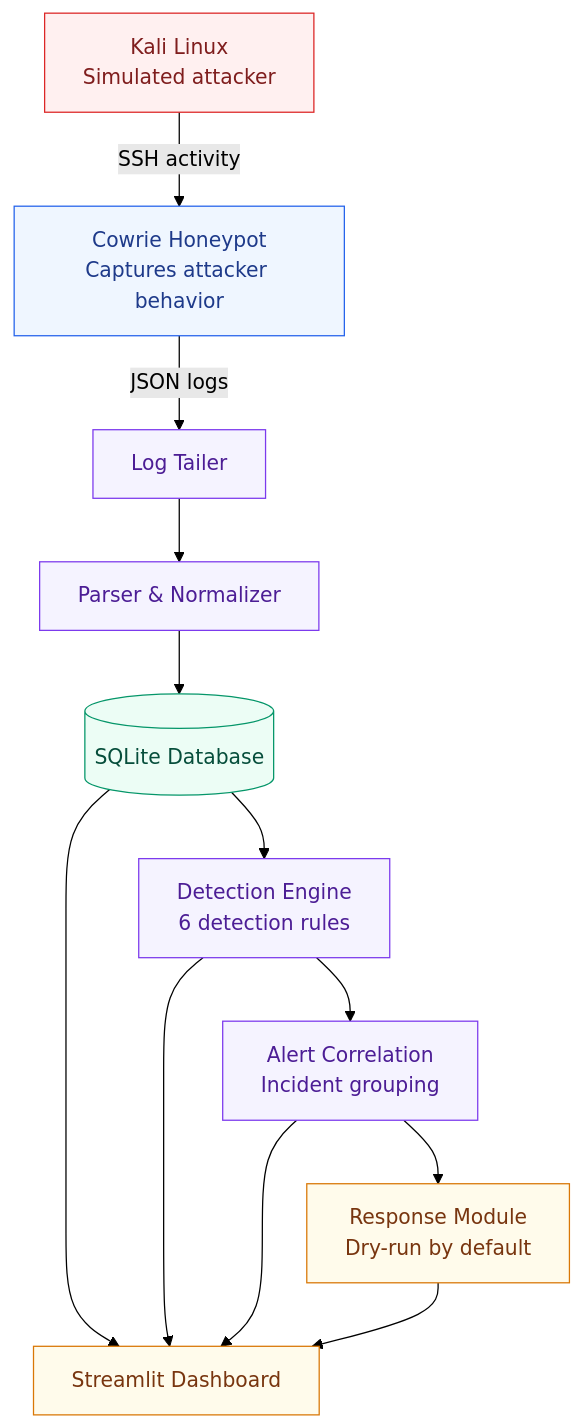
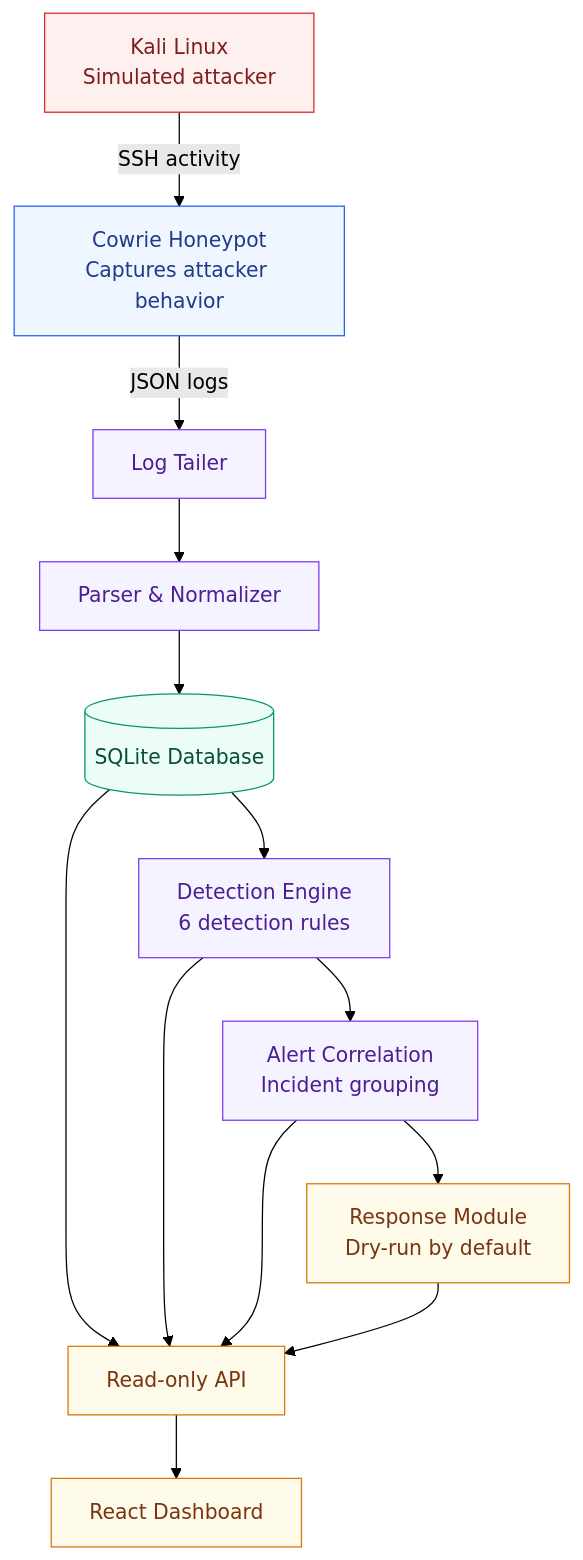
Before and after one commit to chaouchmohamed/sentrix: the diagram in README.md, drawn with Mermaid (forest theme). The commit also changed other lines of this file and 32 other files, not shown here.

Commit message:
Add SENTRIX API, dashboard, and live demo tooling

````diff
--- a/README.md
+++ b/README.md
@@ -33,25 +34,26 @@
 ```mermaid
 flowchart TD
     A["Kali Linux<br/>Simulated attacker"] -->|"SSH activity"| B["Cowrie Honeypot<br/>Captures attacker behavior"]
     B -->|"JSON logs"| C["Log Tailer"]
     C --> D["Parser & Normalizer"]
     D --> E[("SQLite Database")]
     E --> F["Detection Engine<br/>6 detection rules"]
     F --> G["Alert Correlation<br/>Incident grouping"]
     G --> H["Response Module<br/>Dry-run by default"]
-    E --> I["Streamlit Dashboard"]
+    E --> I["Read-only API"]
     F --> I
     G --> I
     H --> I
+    I --> J["React Dashboard"]
 
     classDef attacker fill:#fff0f0,stroke:#dc2626,color:#7f1d1d
     classDef sensor fill:#eff6ff,stroke:#2563eb,color:#1e3a8a
     classDef processing fill:#f5f3ff,stroke:#7c3aed,color:#4c1d95
     classDef storage fill:#ecfdf5,stroke:#059669,color:#064e3b
     classDef output fill:#fffbeb,stroke:#d97706,color:#78350f
     class A attacker
     class B sensor
     class C,D,F,G processing
     class E storage
-    class H,I output
+    class H,I,J output
 ```
````
